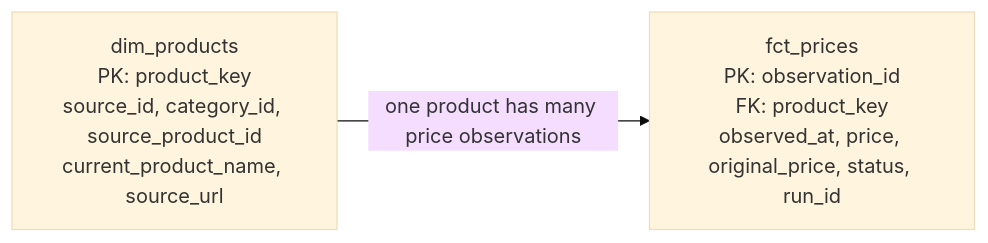
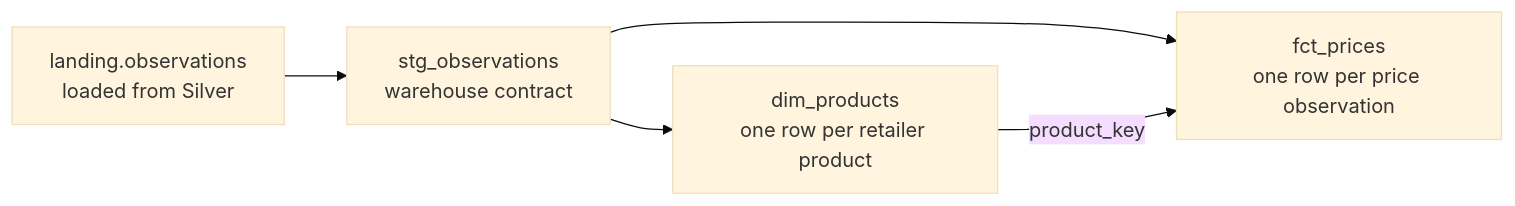
The second of 2 diagrams in README.md (alvin-agustio/retail-price-intelligence-pipeline), drawn with Mermaid (base theme) before and after one commit. The commit also changed other lines of this file and 3 other files, not shown here.

````diff
--- a/README.md
+++ b/README.md
@@ -85,7 +83,7 @@
 ```mermaid
 flowchart LR
-    D["dim_products<br/>PK: product_key<br/>source_id, category_id, source_product_id<br/>current_product_name, source_url"]
-    F["fct_prices<br/>PK: observation_id<br/>FK: product_key<br/>observed_at, price, original_price, status, run_id"]
-
-    D -->|"one product has many price observations"| F
+    L["landing.observations<br/>loaded from Silver"] --> S["stg_observations<br/>warehouse contract"]
+    S --> D["dim_products<br/>one row per retailer product"]
+    S --> F["fct_prices<br/>one row per price observation"]
+    D -->|"product_key"| F
 ```
````
